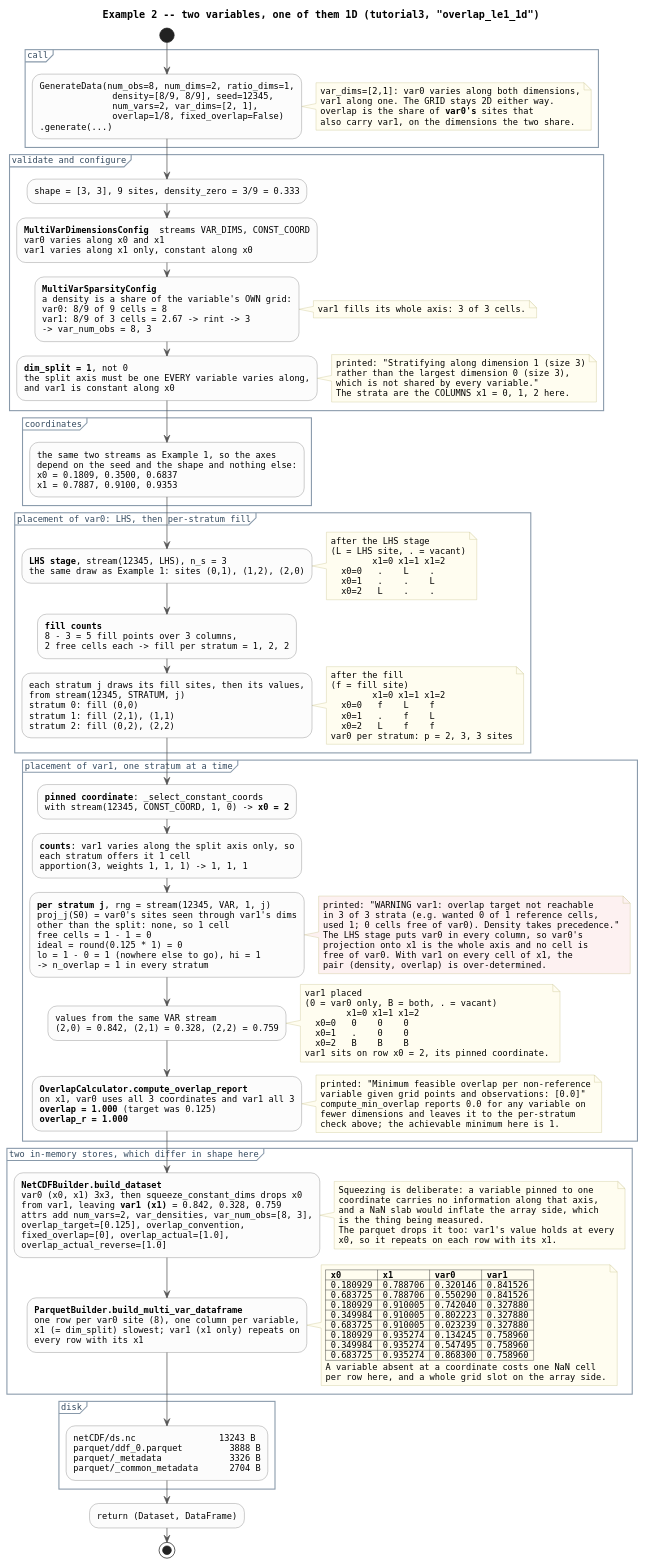
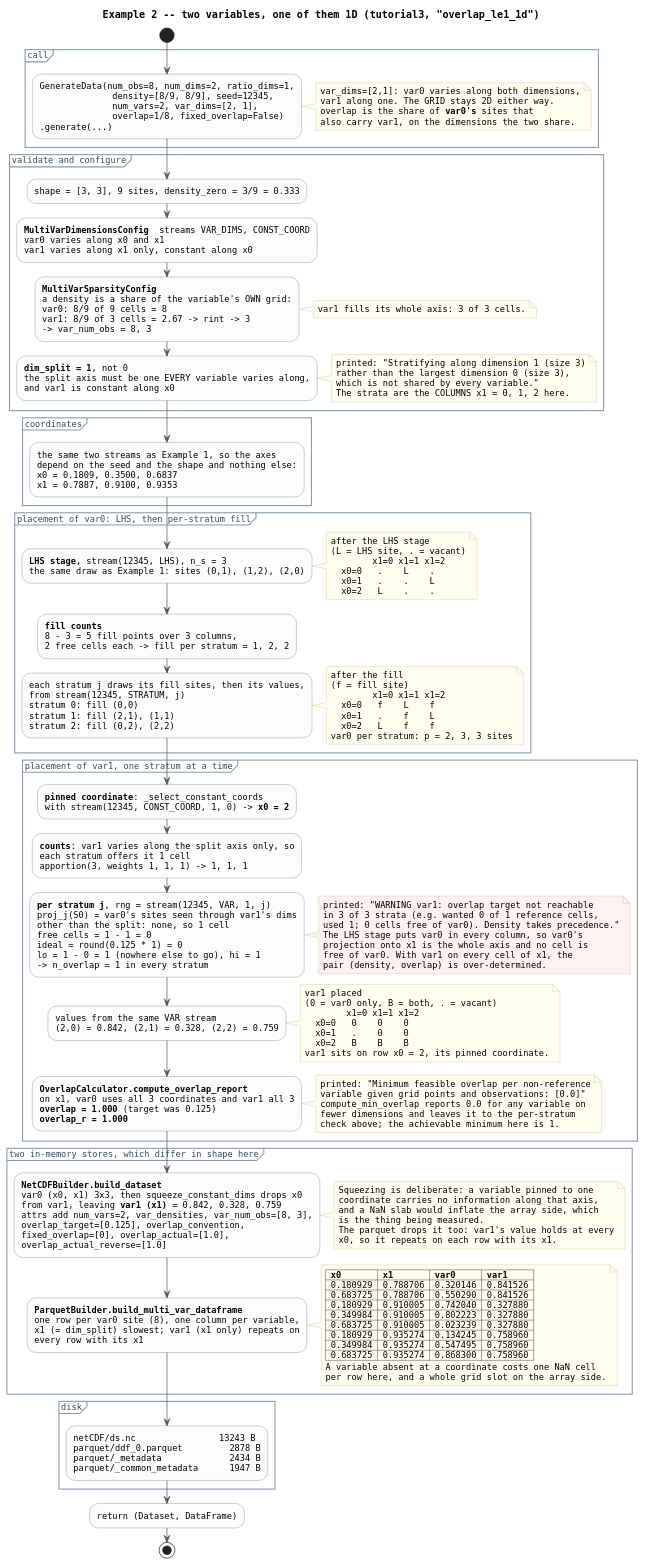
The diagram in docs/dataflow_example_multi_var.puml (boom-lab/tabray), drawn with PlantUML before and after one commit. The commit also changed 6 other files, not shown here.

```diff
--- a/docs/dataflow_example_multi_var.puml
+++ b/docs/dataflow_example_multi_var.puml
@@ -195,9 +195,9 @@
 
 partition "disk" {
   :netCDF/ds.nc                13243 B
-  parquet/ddf_0.parquet         3888 B
-  parquet/_metadata             3326 B
-  parquet/_common_metadata      2704 B;
+  parquet/ddf_0.parquet         2878 B
+  parquet/_metadata             2434 B
+  parquet/_common_metadata      1947 B;
 }
 
 :return (Dataset, DataFrame);
```
